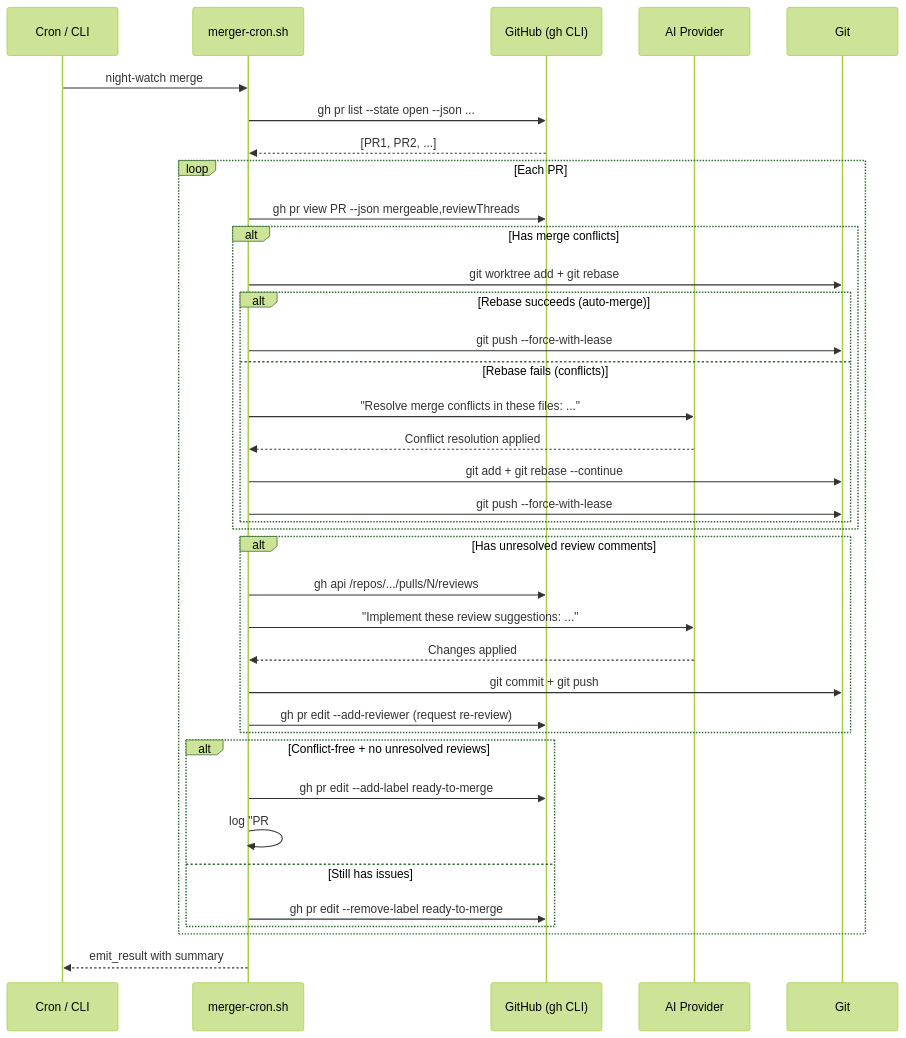
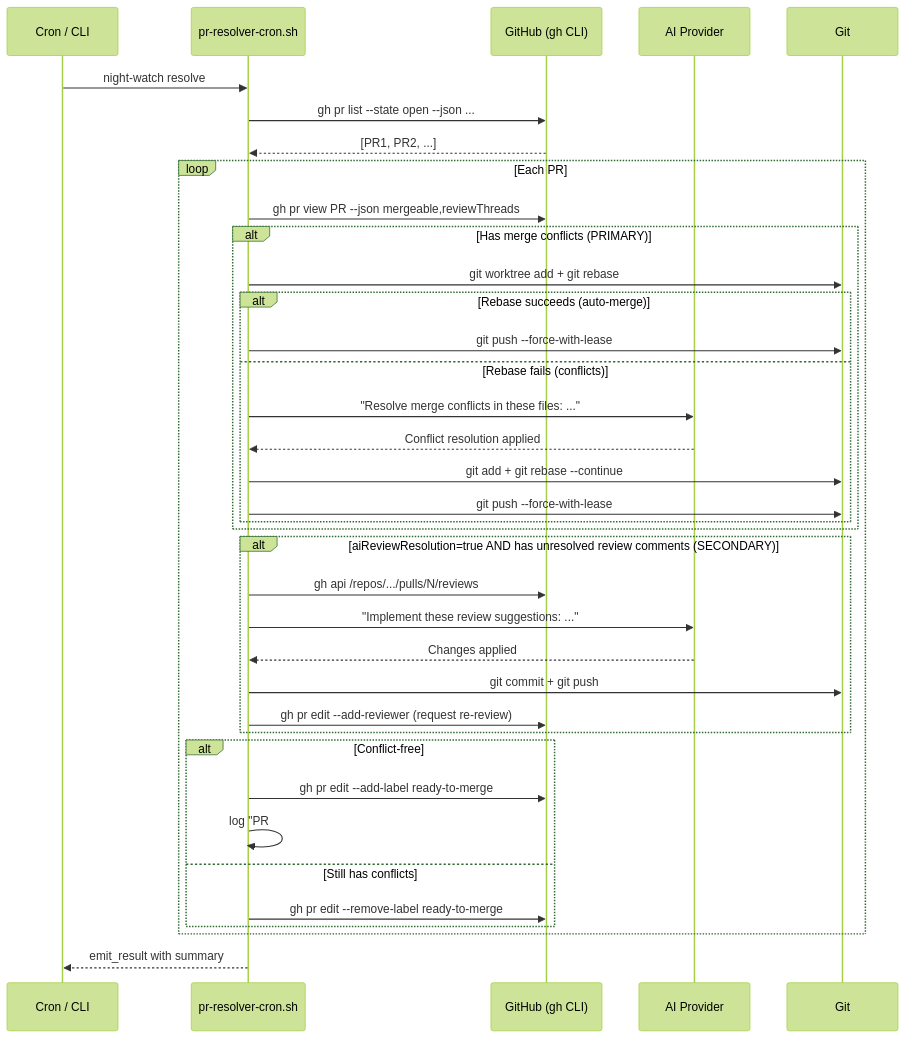
One commit to jonit-dev/night-watch-cli changed the second of 2 diagrams in docs/PRDs/pr-merge-keeper.md. Above: the diagram before and after it, drawn with Mermaid (forest theme). The commit also changed other lines of this file and 32 other files, not shown here.

````diff
--- a/docs/PRDs/pr-merge-keeper.md
+++ b/docs/PRDs/pr-merge-keeper.md
@@ -90,44 +92,44 @@
 ```mermaid
 sequenceDiagram
     participant Cron as Cron / CLI
-    participant Script as merger-cron.sh
+    participant Script as pr-resolver-cron.sh
     participant GH as GitHub (gh CLI)
     participant AI as AI Provider
     participant Git as Git
 
-    Cron->>Script: night-watch merge
+    Cron->>Script: night-watch resolve
     Script->>GH: gh pr list --state open --json ...
     GH-->>Script: [PR1, PR2, ...]
 
     loop Each PR
         Script->>GH: gh pr view PR --json mergeable,reviewThreads
-        alt Has merge conflicts
+        alt Has merge conflicts (PRIMARY)
             Script->>Git: git worktree add + git rebase
             alt Rebase succeeds (auto-merge)
                 Script->>Git: git push --force-with-lease
             else Rebase fails (conflicts)
                 Script->>AI: "Resolve merge conflicts in these files: ..."
                 AI-->>Script: Conflict resolution applied
                 Script->>Git: git add + git rebase --continue
                 Script->>Git: git push --force-with-lease
             end
         end
 
-        alt Has unresolved review comments
+        alt aiReviewResolution=true AND has unresolved review comments (SECONDARY)
             Script->>GH: gh api /repos/.../pulls/N/reviews
             Script->>AI: "Implement these review suggestions: ..."
             AI-->>Script: Changes applied
             Script->>Git: git commit + git push
             Script->>GH: gh pr edit --add-reviewer (request re-review)
         end
 
-        alt Conflict-free + no unresolved reviews
+        alt Conflict-free
             Script->>GH: gh pr edit --add-label ready-to-merge
             Script->>Script: log "PR #N is ready to merge"
-        else Still has issues
+        else Still has conflicts
             Script->>GH: gh pr edit --remove-label ready-to-merge
         end
     end
 
     Script-->>Cron: emit_result with summary
 ```
````
